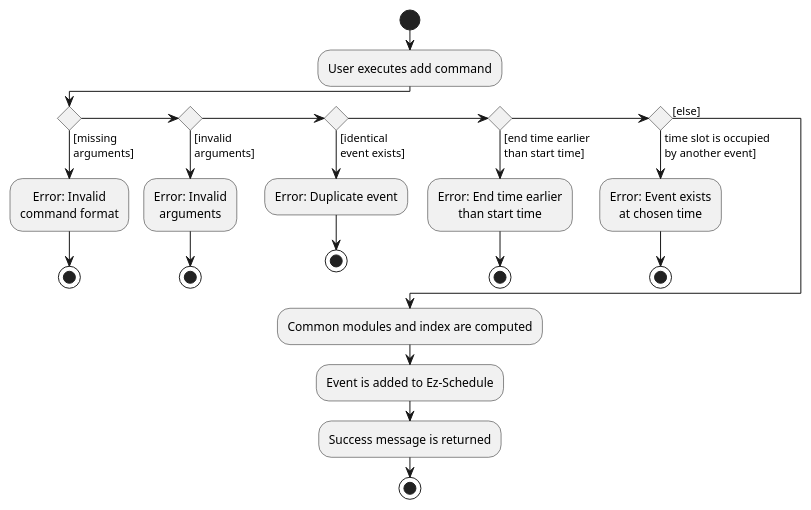
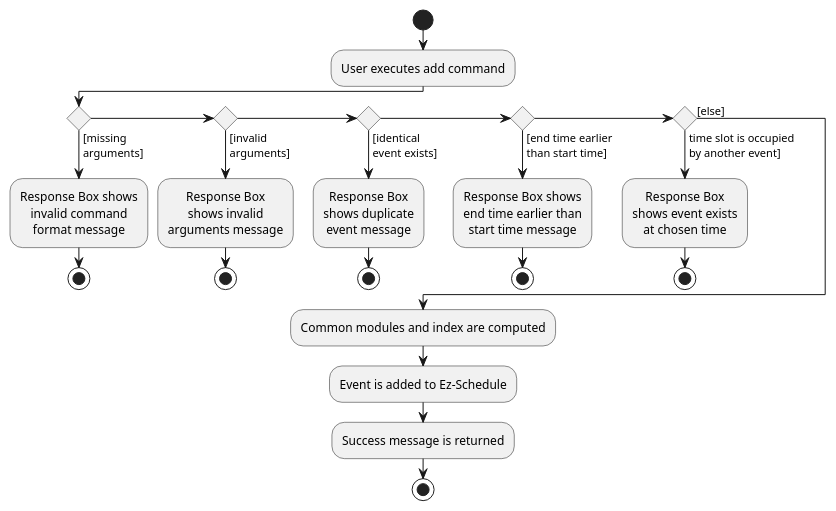
Before and after one commit to nus-cs2103-AY2223S2/tp: the diagram in docs/diagrams/AddCommandActivityDiagram.puml, drawn with PlantUML. The commit also changed 6 other files, not shown here.

Commit message:
Update Activtiy Diagram

```diff
--- a/docs/diagrams/AddCommandActivityDiagram.puml
+++ b/docs/diagrams/AddCommandActivityDiagram.puml
@@ -1,39 +1,45 @@
 @startuml
 skinparam defaultTextAlignment center
 start
 :User executes add command;
 
 'Since the beta syntax does not support placing the condition outside the
 'diamond we place it as the true branch instead.
 
 if () then ([missing
 arguments])
-    :Error: Invalid
-    command format;
+    :Response Box shows
+    invalid command
+    format message;
 stop
 else if () then ([invalid
 arguments])
-    :Error: Invalid
-    arguments;
+    :Response Box
+    shows invalid
+    arguments message;
 stop
 else if () then ([identical
 event exists])
-    :Error: Duplicate event;
+    :Response Box
+    shows duplicate
+    event message;
 stop
 else if () then ([end time earlier
 than start time])
-    :Error: End time earlier
-    than start time;
+    :Response Box shows
+    end time earlier than
+    start time message;
 stop
 else if () then (time slot is occupied
 by another event])
-    :Error: Event exists
+    :Response Box
+    shows event exists
     at chosen time;
 stop
 else ([else])
 endif
     :Common modules and index are computed;
     :Event is added to Ez-Schedule;
     :Success message is returned;
 stop
 @enduml
```
